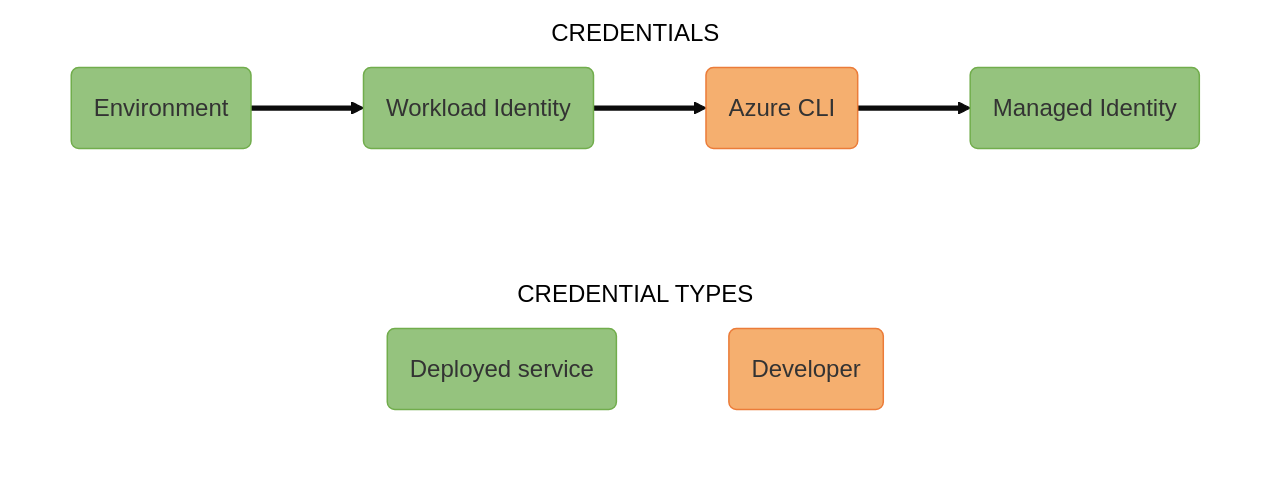
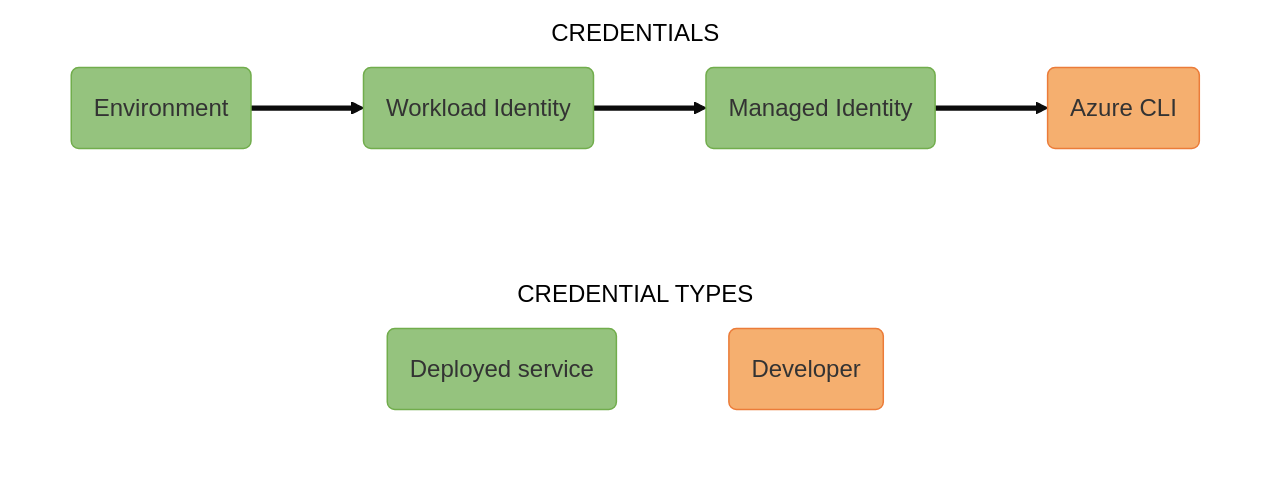
One commit to MicrosoftDocs/azure-dev-docs changed the diagram in articles/cpp/sdk/includes/mermaidjs/default-azure-credential-auth-flow.md. Above: the diagram before and after it, drawn with Mermaid. The commit also changed 4 other files, not shown here.

Commit message:
C++ Identity: Update credential order for DefaultAzureCredential

````diff
--- a/articles/cpp/sdk/includes/mermaidjs/default-azure-credential-auth-flow.md
+++ b/articles/cpp/sdk/includes/mermaidjs/default-azure-credential-auth-flow.md
@@ -6,32 +6,32 @@
 ```mermaid
 %% STEPS TO GENERATE IMAGE
 %% =======================
 %% 1. Install mermaid CLI v10.9.1 (see https://github.com/mermaid-js/mermaid-cli/blob/master/README.md):
 %%    npm i -g @mermaid-js/mermaid-cli@10.9.1
 %% 2. Run command: mmdc -i default-azure-credential-auth-flow.md -o ../../media/mermaidjs/default-azure-credential-auth-flow.svg
 
 %%{
   init: {
     'theme': 'base',
     'themeVariables': {
       'tertiaryBorderColor': '#fff',
       'tertiaryColor': '#fff'
     }
   }
 }%%
 
 flowchart LR;
     subgraph CREDENTIAL TYPES;
         direction LR;
         Deployed(Deployed service):::deployed ~~~ Developer(Developer):::developer;
     end;
 
     subgraph CREDENTIALS;
         direction LR;
-        A(Environment):::deployed ==> B(Workload Identity):::deployed ==> C(Azure CLI):::developer ==> D(Managed Identity):::deployed;
+        A(Environment):::deployed ==> B(Workload Identity):::deployed ==> C(Managed Identity):::deployed ==> D(Azure CLI):::developer;
     end;
 
     %% Define styles for credential type boxes
     classDef deployed fill:#95C37E, stroke:#71AD4C;
     classDef developer fill:#F5AF6F, stroke:#EB7C39;
 ```
````
